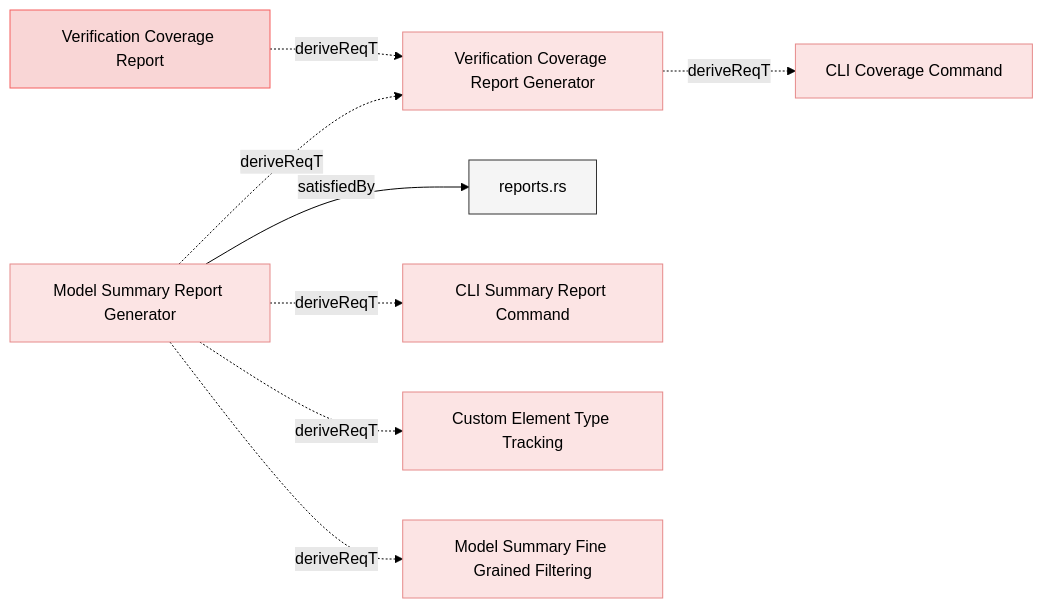
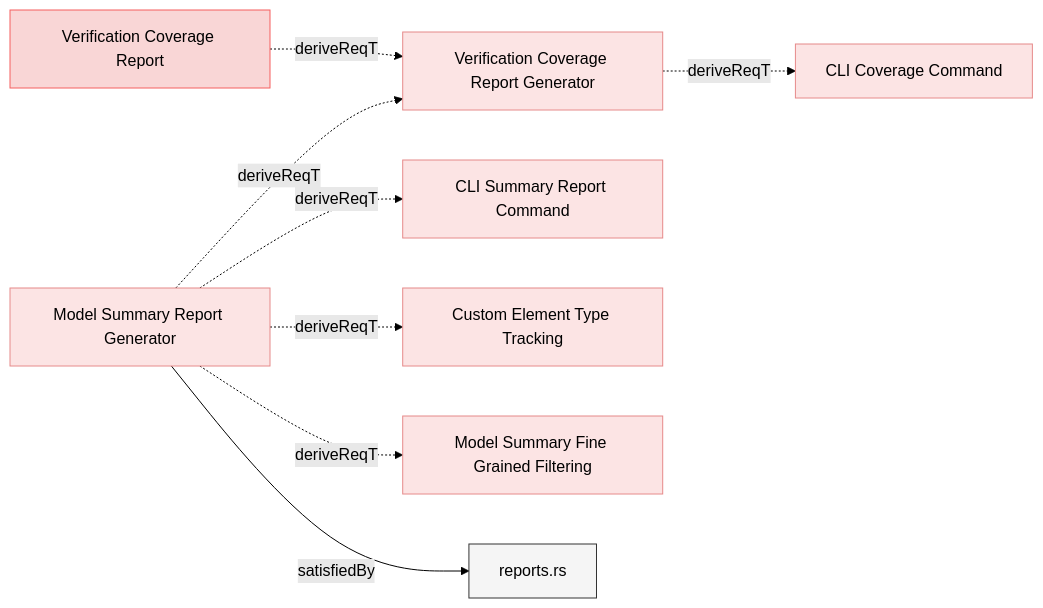
The second of 3 diagrams in specifications/ReqvireTool/ValidationAndReporting/Reports.md (reqvire-org/reqvire), drawn with Mermaid (forest theme) before and after one commit. The commit also changed other lines of this file and 45 other files, not shown here.

````diff
--- a/specifications/ReqvireTool/ValidationAndReporting/Reports.md
+++ b/specifications/ReqvireTool/ValidationAndReporting/Reports.md
@@ -400,41 +472,41 @@
 ```mermaid
 graph LR;
   %% REQVIRE-AUTOGENERATED-DIAGRAM
   %% Graph styling
   classDef userRequirement fill:#f9d6d6,stroke:#f55f5f,stroke-width:1px;
   classDef systemRequirement fill:#fce4e4,stroke:#e68a8a,stroke-width:1px;
   classDef verification fill:#d6f9d6,stroke:#5fd75f,stroke-width:1px;
   classDef default fill:#f5f5f5,stroke:#333333,stroke-width:1px;
 
   32e697e712b093ce["Verification Coverage Report Generator"];
   class 32e697e712b093ce systemRequirement;
   click 32e697e712b093ce "Reports.md#verification-coverage-report-generator";
   b559b1f7629a5c62["CLI Coverage Command"];
   class b559b1f7629a5c62 systemRequirement;
   click b559b1f7629a5c62 "../UserInterface/CLI.md#cli-coverage-command";
   32e697e712b093ce -.->|deriveReqT| b559b1f7629a5c62;
   5491ea982d2d6370["Model Summary Report Generator"];
   class 5491ea982d2d6370 systemRequirement;
   click 5491ea982d2d6370 "Reports.md#model-summary-report-generator";
-  c4ea332ba94e8299["reports.rs"];
-  class c4ea332ba94e8299 default;
-  click c4ea332ba94e8299 "../../../core/src/reports.rs";
-  5491ea982d2d6370 -->|satisfiedBy| c4ea332ba94e8299;
   9a9c560f6dd37689["CLI Summary Report Command"];
   class 9a9c560f6dd37689 systemRequirement;
   click 9a9c560f6dd37689 "../UserInterface/CLI.md#cli-summary-report-command";
   5491ea982d2d6370 -.->|deriveReqT| 9a9c560f6dd37689;
-  5491ea982d2d6370 -.->|deriveReqT| 32e697e712b093ce;
   9ba85ead8a1ca9fd["Custom Element Type Tracking"];
   class 9ba85ead8a1ca9fd systemRequirement;
   click 9ba85ead8a1ca9fd "Reports.md#custom-element-type-tracking";
   5491ea982d2d6370 -.->|deriveReqT| 9ba85ead8a1ca9fd;
   746097d8a83067f1["Model Summary Fine Grained Filtering"];
   class 746097d8a83067f1 systemRequirement;
   click 746097d8a83067f1 "Reports.md#model-summary-fine-grained-filtering";
   5491ea982d2d6370 -.->|deriveReqT| 746097d8a83067f1;
+  5491ea982d2d6370 -.->|deriveReqT| 32e697e712b093ce;
+  c4ea332ba94e8299["reports.rs"];
+  class c4ea332ba94e8299 default;
+  click c4ea332ba94e8299 "../../../core/src/reports.rs";
+  5491ea982d2d6370 -->|satisfiedBy| c4ea332ba94e8299;
   f7a606aa79ba438["Verification Coverage Report"];
   class f7a606aa79ba438 userRequirement;
   click f7a606aa79ba438 "../../UserRequirements.md#verification-coverage-report";
   f7a606aa79ba438 -.->|deriveReqT| 32e697e712b093ce;
 ```
````
